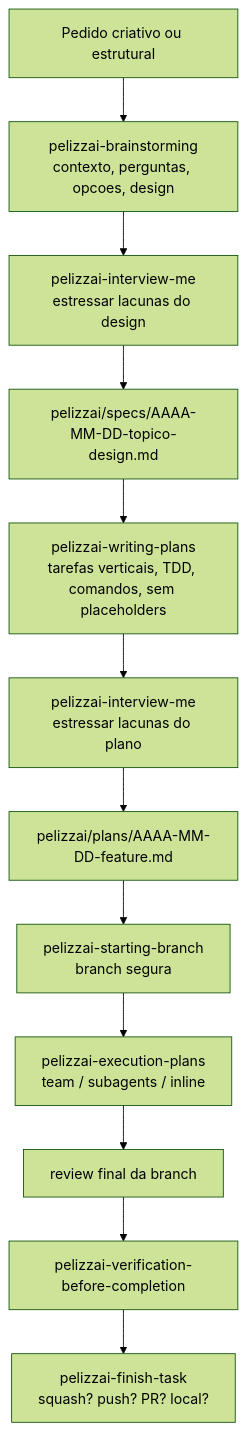
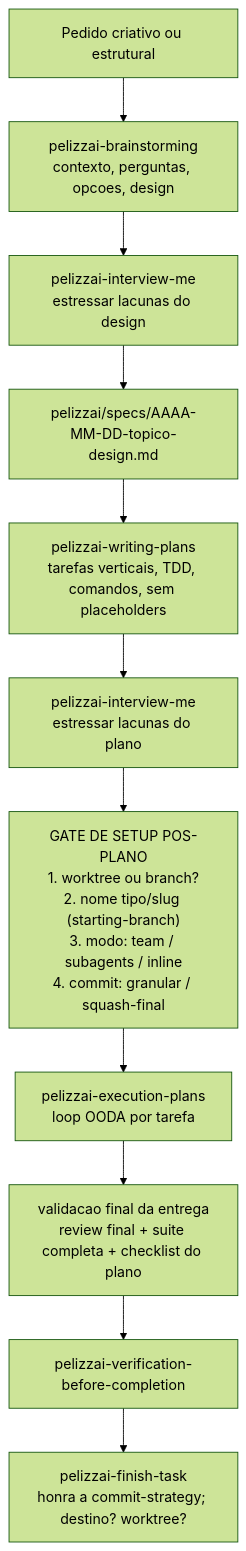
One commit to rpelizza/PelizzAI changed the fourth of 11 diagrams in README.md. Above: the diagram before and after it, drawn with Mermaid (forest theme). The commit also changed other lines of this file and 34 other files, not shown here.

First line of the commit message:
feat(pelizzai): adiciona OODA e suporte a worktree

````diff
--- a/README.md
+++ b/README.md
@@ -156,14 +169,13 @@
 ```mermaid
 flowchart TD
     REQ["Pedido criativo ou estrutural"] --> BR["pelizzai-brainstorming<br/>contexto, perguntas, opcoes, design"]
     BR --> IV1["pelizzai-interview-me<br/>estressar lacunas do design"]
     IV1 --> SPEC["pelizzai/specs/AAAA-MM-DD-topico-design.md"]
     SPEC --> WP["pelizzai-writing-plans<br/>tarefas verticais, TDD, comandos, sem placeholders"]
     WP --> IV2["pelizzai-interview-me<br/>estressar lacunas do plano"]
-    IV2 --> PLAN["pelizzai/plans/AAAA-MM-DD-feature.md"]
-    PLAN --> SB["pelizzai-starting-branch<br/>branch segura"]
-    SB --> EXP["pelizzai-execution-plans<br/>team / subagents / inline"]
-    EXP --> FINALRV["review final da branch"]
-    FINALRV --> VERIFY["pelizzai-verification-before-completion"]
-    VERIFY --> FIN["pelizzai-finish-task<br/>squash? push? PR? local?"]
+    IV2 --> GATE["GATE DE SETUP POS-PLANO<br/>1. worktree ou branch?<br/>2. nome tipo/slug (starting-branch)<br/>3. modo: team / subagents / inline<br/>4. commit: granular / squash-final"]
+    GATE --> EXP["pelizzai-execution-plans<br/>loop OODA por tarefa"]
+    EXP --> VAL["validacao final da entrega<br/>review final + suite completa + checklist do plano"]
+    VAL --> VERIFY["pelizzai-verification-before-completion"]
+    VERIFY --> FIN["pelizzai-finish-task<br/>honra a commit-strategy; destino? worktree?"]
 ```
````
